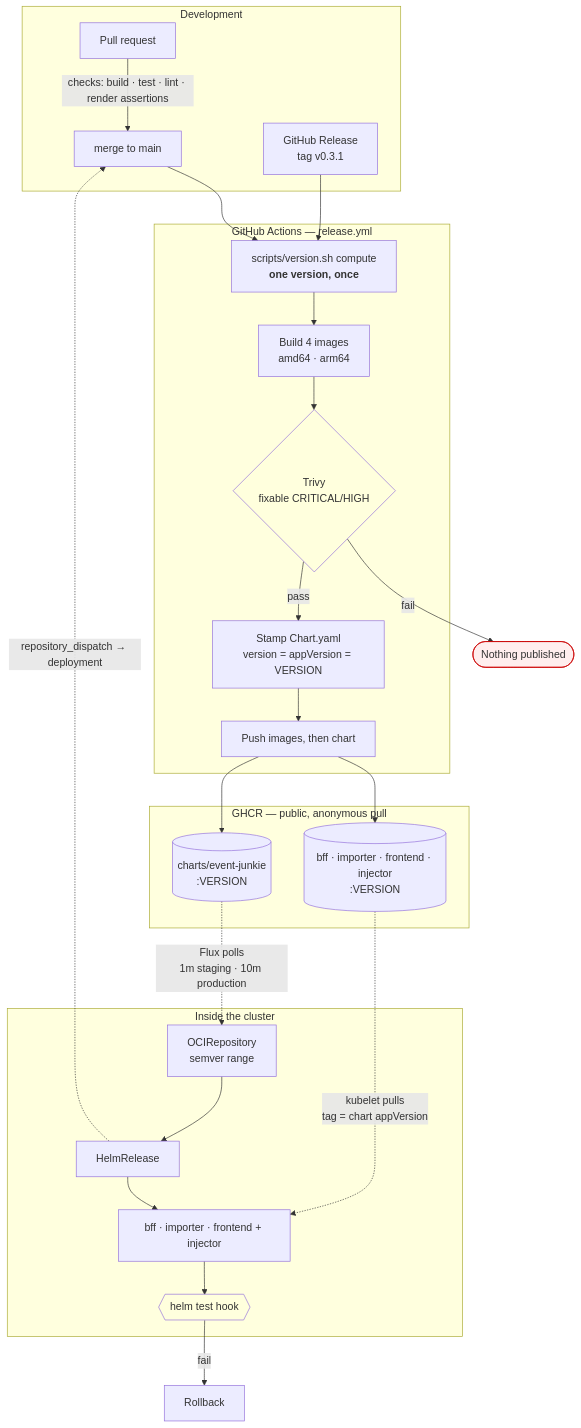
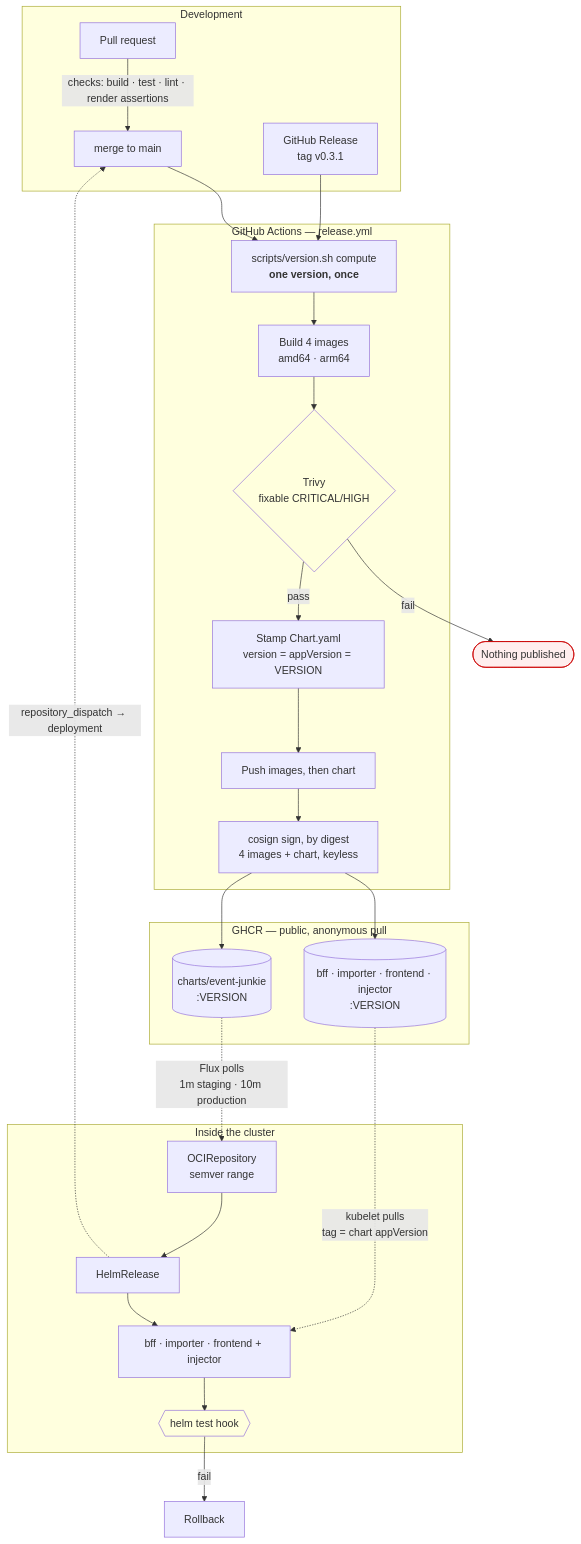
One commit to enorm-labs/event-junkie changed the diagram in docs/ops/RELEASING.md. Above: the diagram before and after it, drawn with Mermaid. The commit also changed other lines of this file and 2 other files, not shown here.

````diff
--- a/docs/ops/RELEASING.md
+++ b/docs/ops/RELEASING.md
@@ -31,46 +31,47 @@
 ```mermaid
 flowchart TB
     subgraph dev["Development"]
         pr["Pull request"] -->|"checks: build · test · lint · render assertions"| main["merge to main"]
         rel["GitHub Release<br/>tag v0.3.1"]
     end
 
     subgraph ci["GitHub Actions — release.yml"]
         ver["scripts/version.sh compute<br/><b>one version, once</b>"]
         build["Build 4 images<br/>amd64 · arm64"]
         scan{"Trivy<br/>fixable CRITICAL/HIGH"}
         stamp["Stamp Chart.yaml<br/>version = appVersion = VERSION"]
         push["Push images, then chart"]
+        sign["cosign sign, by digest<br/>4 images + chart, keyless"]
     end
 
     subgraph ghcr["GHCR — public, anonymous pull"]
         imgs[("bff · importer · frontend · injector<br/>:VERSION")]
         chart[("charts/event-junkie<br/>:VERSION")]
     end
 
     subgraph cluster["Inside the cluster"]
         ocirepo["OCIRepository<br/>semver range"]
         hr["HelmRelease"]
         wl["bff · importer · frontend + injector"]
         test{{"helm test hook"}}
     end
 
     main --> ver
     rel --> ver
     ver --> build --> scan
     scan -->|"fail"| stop(["Nothing published"])
-    scan -->|"pass"| stamp --> push
-    push --> imgs
-    push --> chart
+    scan -->|"pass"| stamp --> push --> sign
+    sign --> imgs
+    sign --> chart
 
     chart -.->|"Flux polls<br/>1m staging · 10m production"| ocirepo
     ocirepo --> hr --> wl
     imgs -.->|"kubelet pulls<br/>tag = chart appVersion"| wl
     wl --> test
     test -->|"fail"| rb["Rollback"]
     hr -.->|"repository_dispatch → deployment"| main
 
     style stop fill:#fee,stroke:#c00
     style scan fill:#ffd
     style test fill:#ffd
 ```
````
